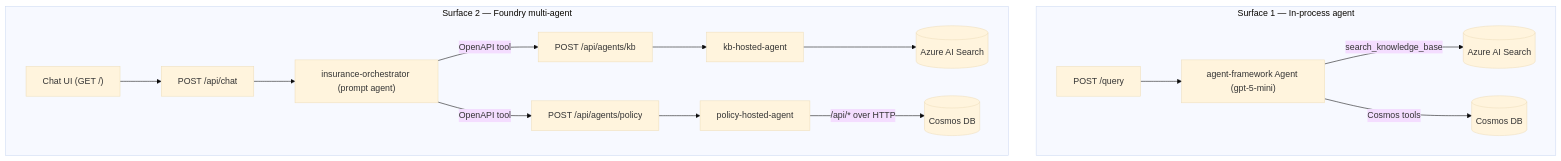
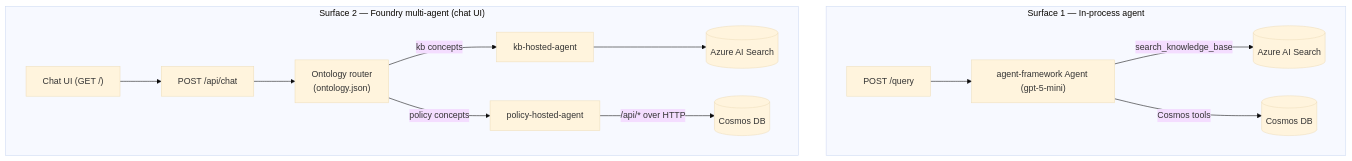
The first of 6 diagrams in ARCHITECTURE.md (gethiten/FOUNDRY-SEARCH-COSMOS-DEMO), drawn with Mermaid (base theme) before and after one commit. The commit also changed other lines of this file and 5 other files, not shown here.

````diff
--- a/ARCHITECTURE.md
+++ b/ARCHITECTURE.md
@@ -78,19 +81,17 @@
 ```mermaid
 flowchart TB
     subgraph surface1["Surface 1 — In-process agent"]
         Q["POST /query"] --> A1["agent-framework Agent (gpt-5-mini)"]
         A1 -->|search_knowledge_base| S1[(Azure AI Search)]
         A1 -->|Cosmos tools| C1[(Cosmos DB)]
     end
 
-    subgraph surface2["Surface 2 — Foundry multi-agent"]
+    subgraph surface2["Surface 2 — Foundry multi-agent (chat UI)"]
         UI["Chat UI (GET /)"] --> CH["POST /api/chat"]
-        CH --> ORCH["insurance-orchestrator (prompt agent)"]
-        ORCH -->|OpenAPI tool| EKB["POST /api/agents/kb"]
-        ORCH -->|OpenAPI tool| EPOL["POST /api/agents/policy"]
-        EKB --> HKB["kb-hosted-agent"]
-        EPOL --> HPOL["policy-hosted-agent"]
+        CH --> RT["Ontology router<br/>(ontology.json)"]
+        RT -->|policy concepts| HPOL["policy-hosted-agent"]
+        RT -->|kb concepts| HKB["kb-hosted-agent"]
         HKB --> S2[(Azure AI Search)]
         HPOL -->|"/api/* over HTTP"| C2[(Cosmos DB)]
     end
 ```
````
